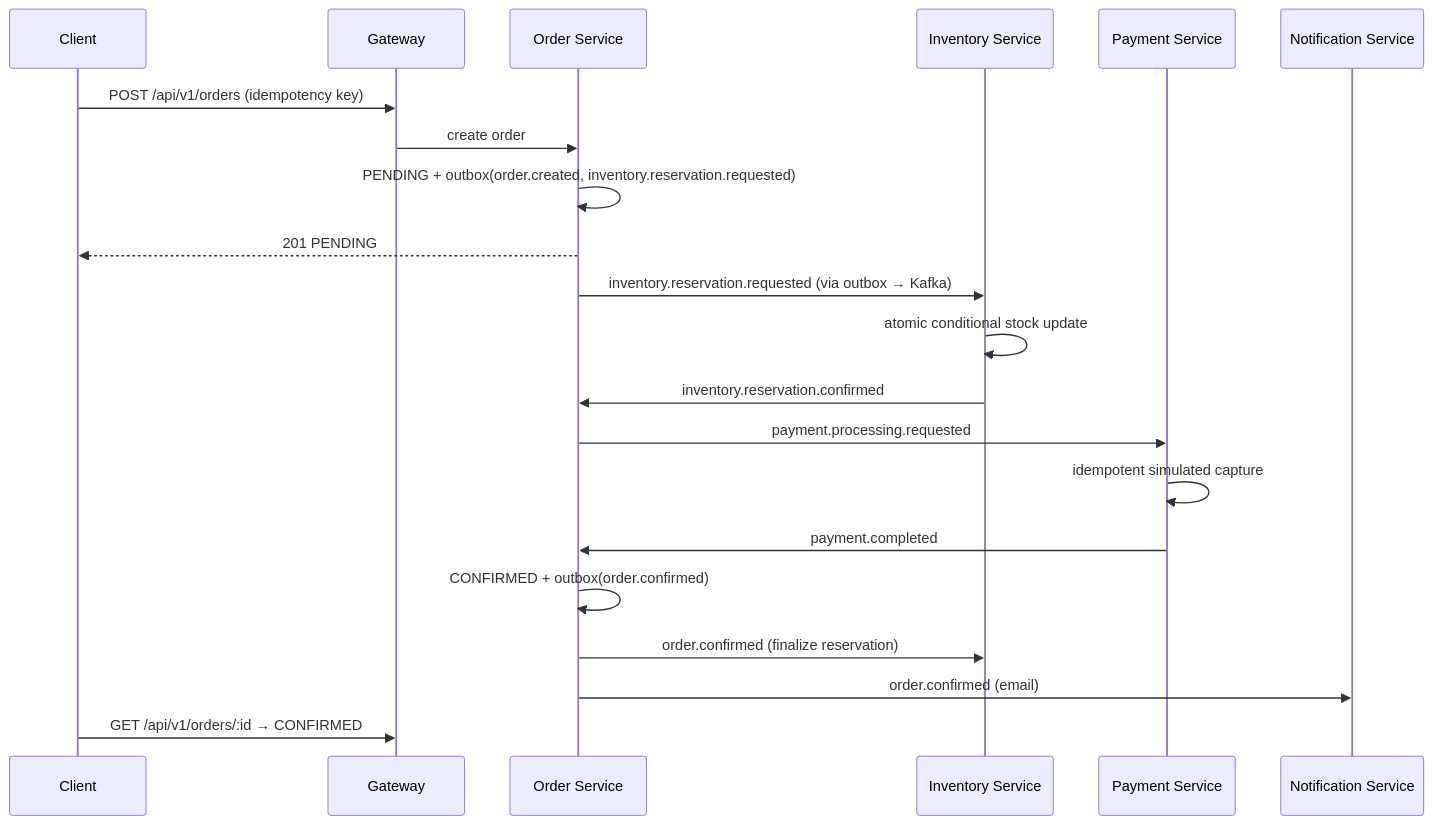
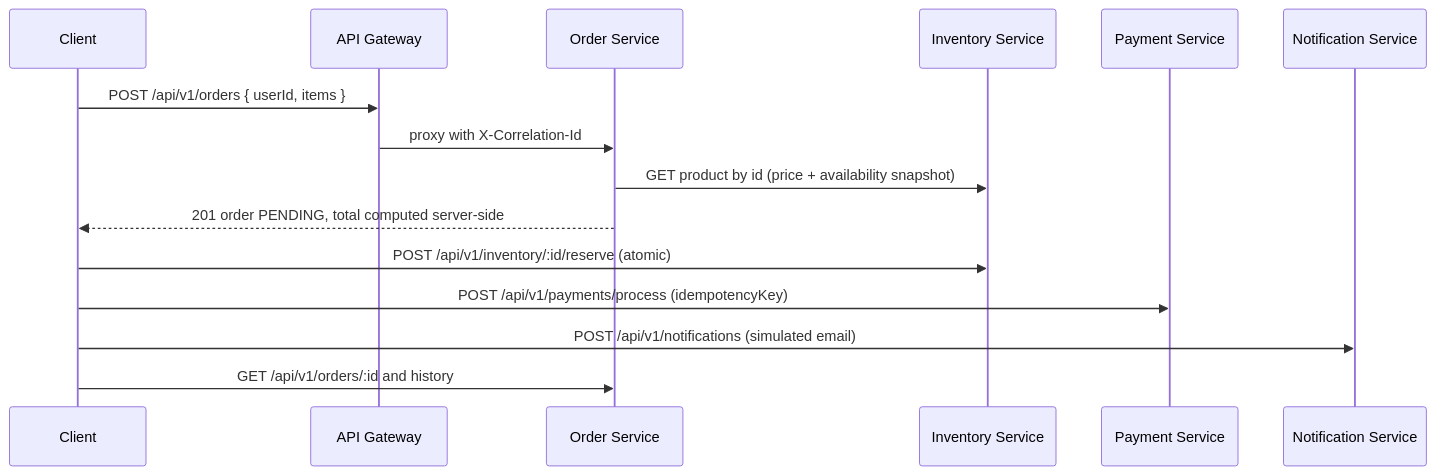
The second of 2 diagrams in README.md (kashyap801/orderflow), drawn with Mermaid before and after one commit. The commit also changed other lines of this file and 7 other files, not shown here.

````diff
--- a/README.md
+++ b/README.md
@@ -109,24 +117,18 @@
 ```mermaid
 sequenceDiagram
   participant C as Client
-  participant G as Gateway
+  participant G as API Gateway
   participant O as Order Service
   participant I as Inventory Service
   participant P as Payment Service
   participant N as Notification Service
 
-  C->>G: POST /api/v1/orders (idempotency key)
-  G->>O: create order
-  O->>O: PENDING + outbox(order.created, inventory.reservation.requested)
-  O-->>C: 201 PENDING
-  O->>I: inventory.reservation.requested (via outbox → Kafka)
-  I->>I: atomic conditional stock update
-  I->>O: inventory.reservation.confirmed
-  O->>P: payment.processing.requested
-  P->>P: idempotent simulated capture
-  P->>O: payment.completed
-  O->>O: CONFIRMED + outbox(order.confirmed)
-  O->>I: order.confirmed (finalize reservation)
-  O->>N: order.confirmed (email)
-  C->>G: GET /api/v1/orders/:id → CONFIRMED
+  C->>G: POST /api/v1/orders { userId, items }
+  G->>O: proxy with X-Correlation-Id
+  O->>I: GET product by id (price + availability snapshot)
+  O-->>C: 201 order PENDING, total computed server-side
+  C->>I: POST /api/v1/inventory/:id/reserve (atomic)
+  C->>P: POST /api/v1/payments/process (idempotencyKey)
+  C->>N: POST /api/v1/notifications (simulated email)
+  C->>O: GET /api/v1/orders/:id and history
 ```
````
